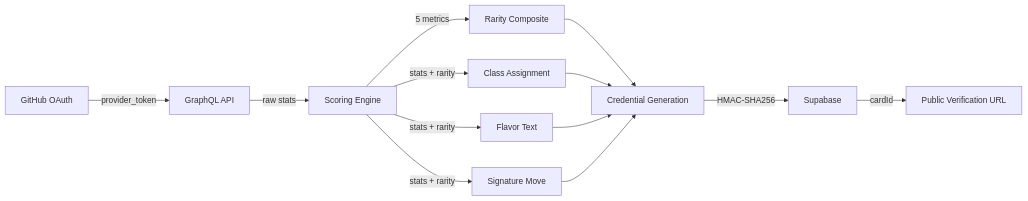
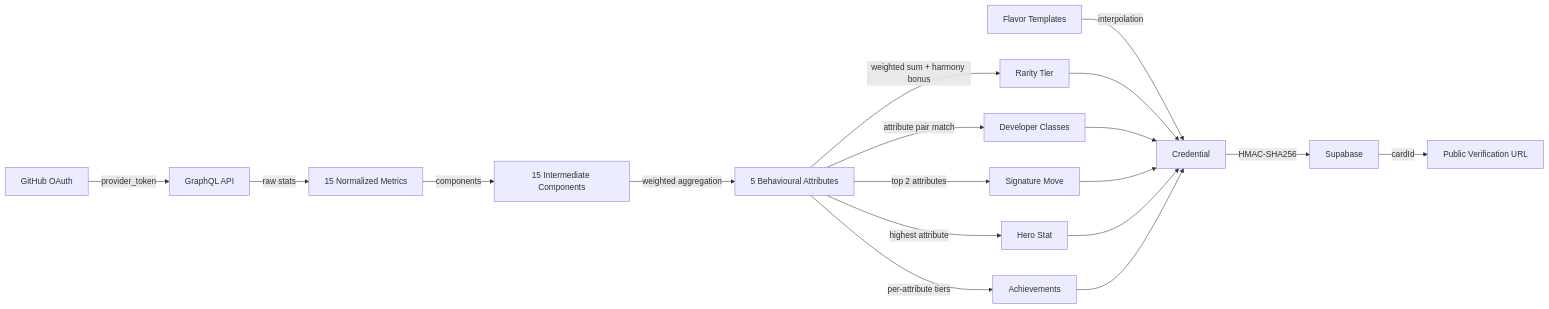
Before and after one commit to ShravanDeb/DevMon: the first of 4 diagrams in README.md, drawn with Mermaid. The commit also changed other lines of this file and 175 other files, not shown here.

````diff
--- a/README.md
+++ b/README.md
@@ -77,15 +77,20 @@
 ```mermaid
 flowchart LR
     A[GitHub OAuth] -->|provider_token| B[GraphQL API]
-    B -->|raw stats| C[Scoring Engine]
-    C -->|5 metrics| D[Rarity Composite]
-    C -->|stats + rarity| E[Class Assignment]
-    C -->|stats + rarity| F[Flavor Text]
-    C -->|stats + rarity| G[Signature Move]
-    D --> H[Credential Generation]
-    E --> H
-    F --> H
-    G --> H
-    H -->|HMAC-SHA256| I[Supabase]
-    I -->|cardId| J[Public Verification URL]
+    B -->|raw stats| C[15 Normalized Metrics]
+    C -->|components| D[15 Intermediate Components]
+    D -->|weighted aggregation| E[5 Behavioural Attributes]
+    E -->|weighted sum + harmony bonus| F[Rarity Tier]
+    E -->|attribute pair match| G[Developer Classes]
+    E -->|top 2 attributes| H[Signature Move]
+    E -->|highest attribute| I[Hero Stat]
+    E -->|per-attribute tiers| J[Achievements]
+    K[Flavor Templates] -->|interpolation| L[Credential]
+    F --> L
+    G --> L
+    H --> L
+    I --> L
+    J --> L
+    L -->|HMAC-SHA256| M[Supabase]
+    M -->|cardId| N[Public Verification URL]
 ```
````
